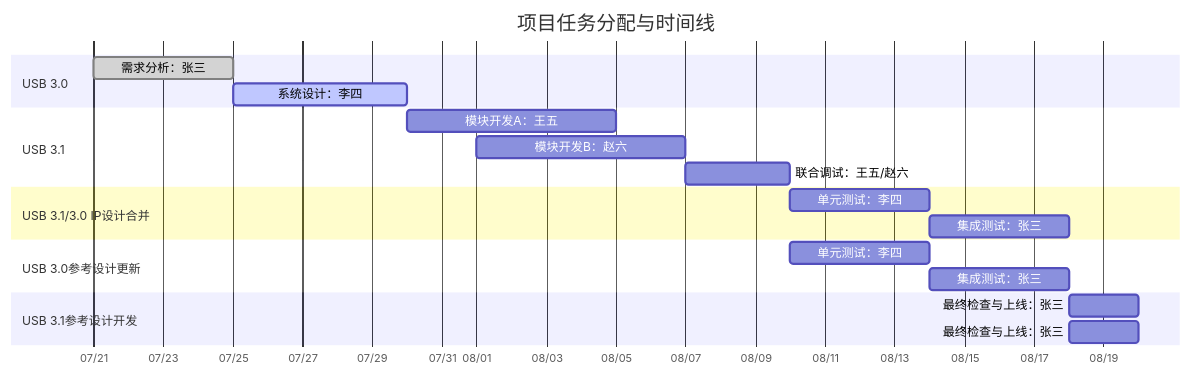
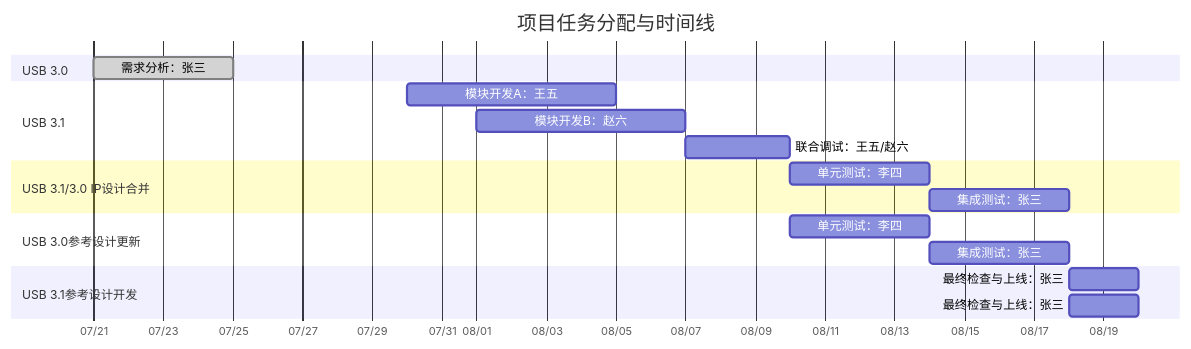
Before and after one commit to winsonbook/iodraw-files: the diagram in all/未命名.md, drawn with Mermaid.

Commit message:
2025-07-21 09:41:58 update

````diff
--- a/all/未命名.md
+++ b/all/未命名.md
@@ -1,30 +1,29 @@
 ```mermaid
 gantt
     title 项目任务分配与时间线
     dateFormat  YYYY-MM-DD
     axisFormat  %m/%d
 
     section USB 3.0
     需求分析：张三       :done,    task1, 2025-07-21, 4d
-    系统设计：李四       :active,  task2, 2025-07-25, 5d
 
     section USB 3.1
     模块开发A：王五      :         task3, 2025-07-30, 6d
     模块开发B：赵六      :         task4, 2025-08-01, 6d
     联合调试：王五/赵六  :         task5, 2025-08-07, 3d
 
     section USB 3.1/3.0 IP设计合并
     单元测试：李四       :         task6, 2025-08-10, 4d
     集成测试：张三       :         task7, 2025-08-14, 4d
 
     section USB 3.0参考设计更新
     单元测试：李四       :         task6, 2025-08-10, 4d
     集成测试：张三       :         task7, 2025-08-14, 4d
 
     section USB 3.1参考设计开发
     最终检查与上线：张三 :         task8, 2025-08-18, 2d
 
-        section USB 3.1参考设计开发
+    section USB 3.1参考设计开发
     最终检查与上线：张三 :         task8, 2025-08-18, 2d
 
 ```
````
